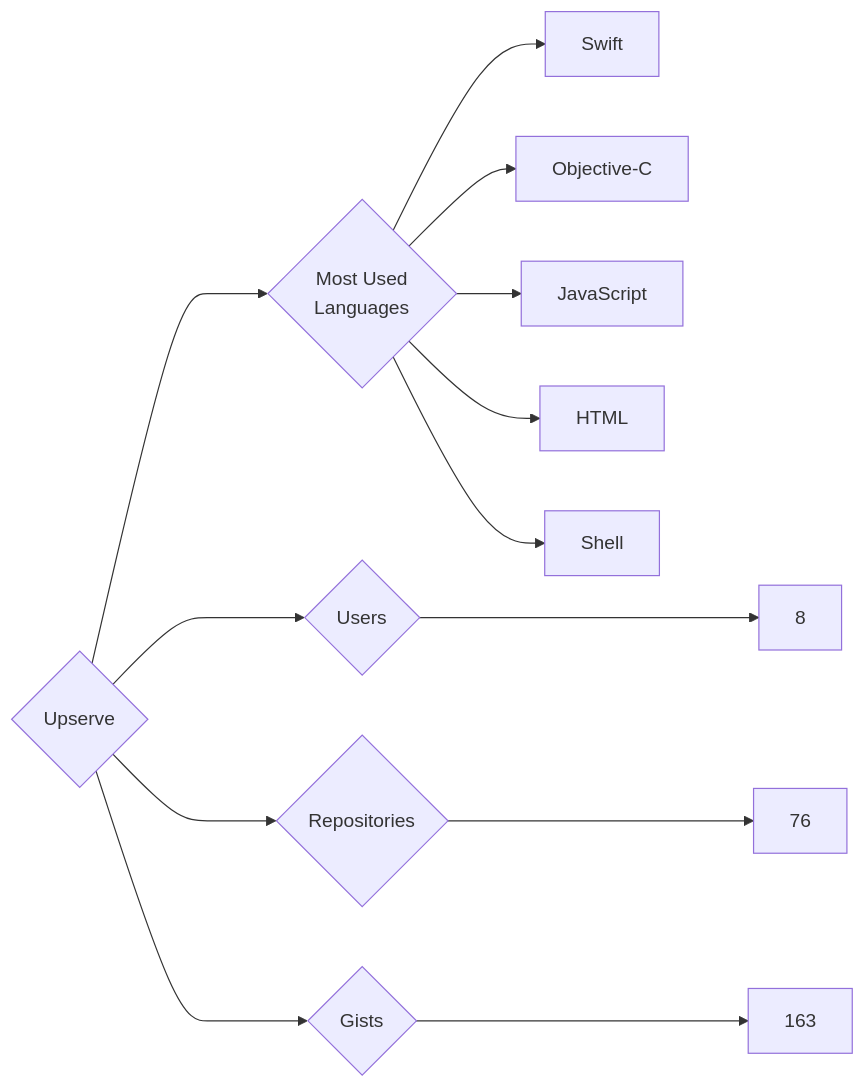
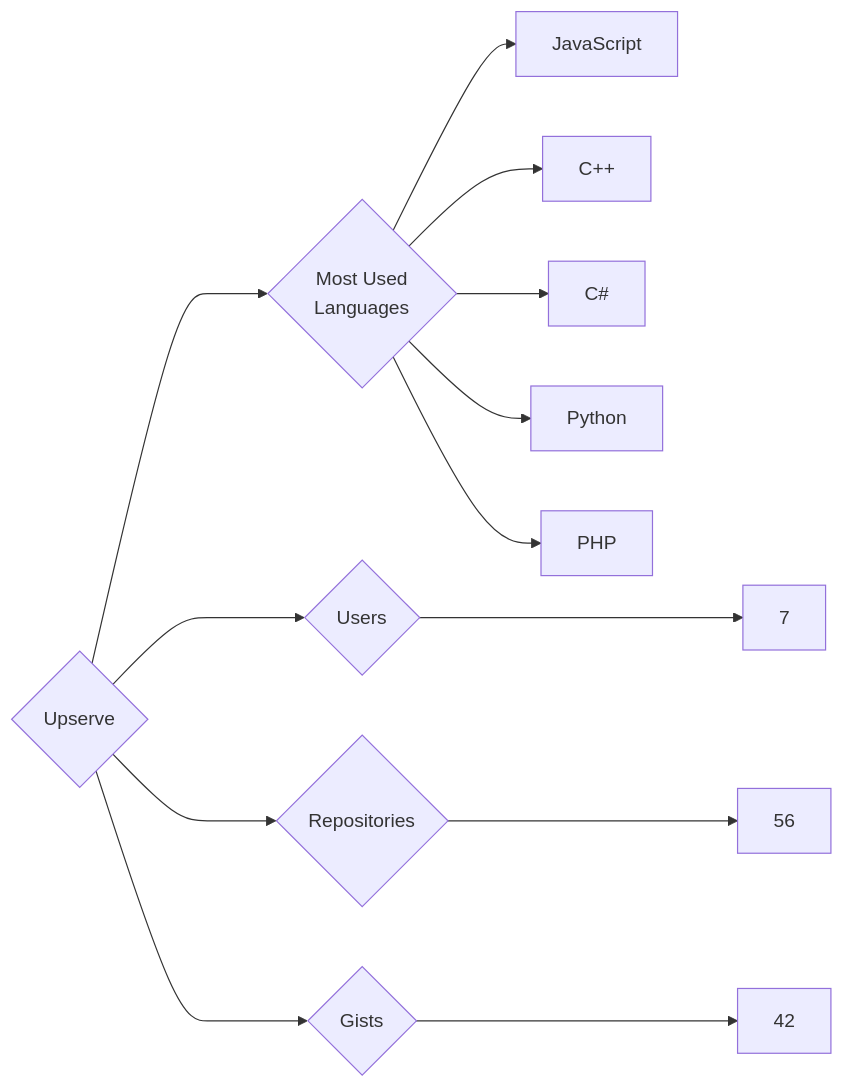
The diagram in targets/Upserve/README.md (trickest/insiders), drawn with Mermaid before and after one commit. The commit also changed 814 other files, not shown here.

````diff
--- a/targets/Upserve/README.md
+++ b/targets/Upserve/README.md
@@ -3,13 +3,13 @@
 ```mermaid
 graph LR
 COMPANY_NAME{Upserve}
-COMPANY_NAME ---> U{Users} ---> UN[8]
-COMPANY_NAME ---> R{Repositories} ---> RN[76]
-COMPANY_NAME ---> G{Gists} ---> GN[163]
+COMPANY_NAME ---> U{Users} ---> UN[7]
+COMPANY_NAME ---> R{Repositories} ---> RN[56]
+COMPANY_NAME ---> G{Gists} ---> GN[42]
 COMPANY_NAME ---> ML{Most Used<br>Languages}
-ML --> Swift[Swift]
-ML --> Objective-C[Objective-C]
 ML --> JavaScript[JavaScript]
-ML --> HTML[HTML]
-ML --> Shell[Shell]
+ML --> C++[C++]
+ML --> C#[C#]
+ML --> Python[Python]
+ML --> PHP[PHP]
 ```
````
